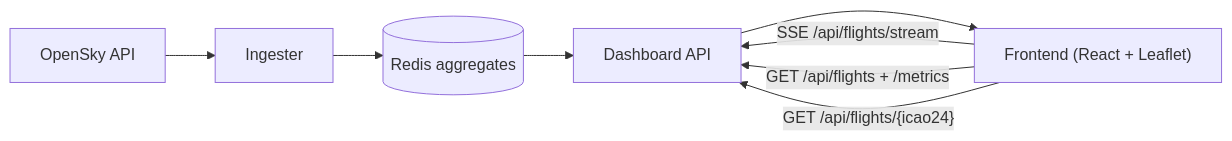
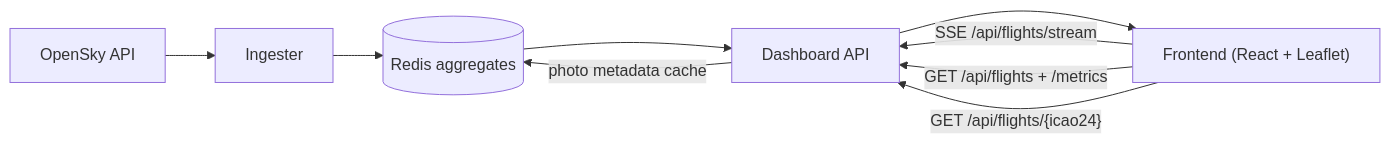
Before and after one commit to ClementV78/CloudRadar: the first of 2 diagrams in src/frontend/README.md, drawn with Mermaid. The commit also changed other lines of this file and 17 other files, not shown here.

First line of the commit message:
feat(app): add planespotters photo cache in detail flow

````diff
--- a/src/frontend/README.md
+++ b/src/frontend/README.md
@@ -26,11 +26,12 @@
 ```mermaid
 flowchart LR
   OS["OpenSky API"] --> ING["Ingester"]
   ING --> REDIS[("Redis aggregates")]
   REDIS --> API["Dashboard API"]
   API --> FE["Frontend (React + Leaflet)"]
 
   FE -->|"SSE /api/flights/stream"| API
   FE -->|"GET /api/flights + /metrics"| API
   FE -->|"GET /api/flights/{icao24}"| API
+  API -->|"photo metadata cache"| REDIS
 ```
````
